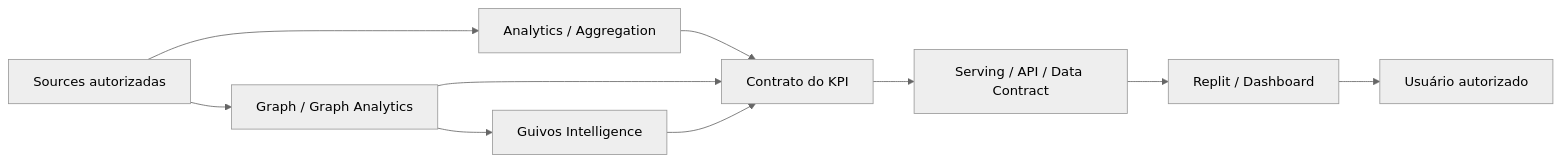
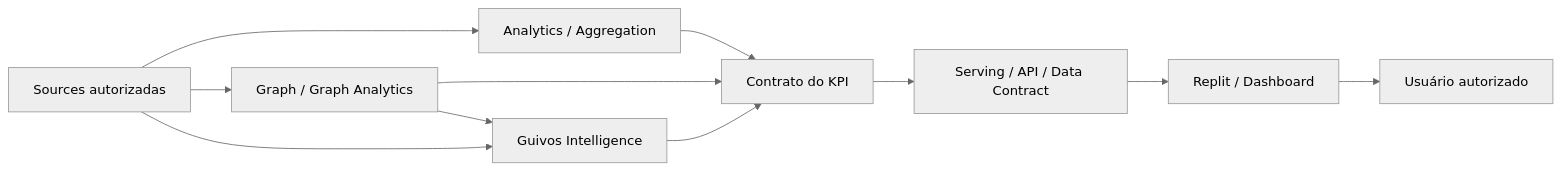
Before and after one commit to guivos-repositorio/Guivos-Knowledge-Repository: the diagram in docs/intelligence-architecture/dashboards-kpis-analytics-master-specification.md, drawn with Mermaid (neutral theme). The commit also changed other lines of this file, not shown here.

````diff
--- a/docs/intelligence-architecture/dashboards-kpis-analytics-master-specification.md
+++ b/docs/intelligence-architecture/dashboards-kpis-analytics-master-specification.md
@@ -437,21 +437,22 @@
 ```mermaid
 flowchart LR
     S[Sources autorizadas]
     A[Analytics / Aggregation]
     G[Graph / Graph Analytics]
     I[Guivos Intelligence]
     K[Contrato do KPI]
     V[Serving / API / Data Contract]
     R[Replit / Dashboard]
     U[Usuário autorizado]
 
     S --> A
     S --> G
+    S --> I
     A --> K
     G --> K
     G --> I
     I --> K
     K --> V
     V --> R
     R --> U
 ```
````
